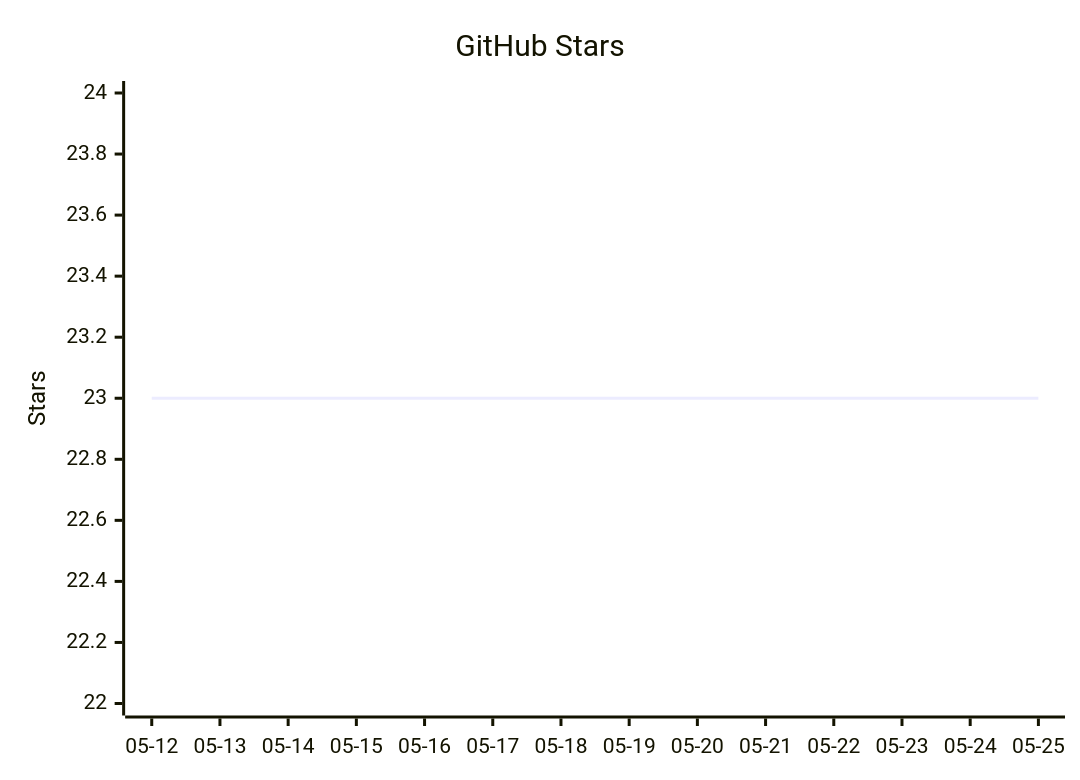
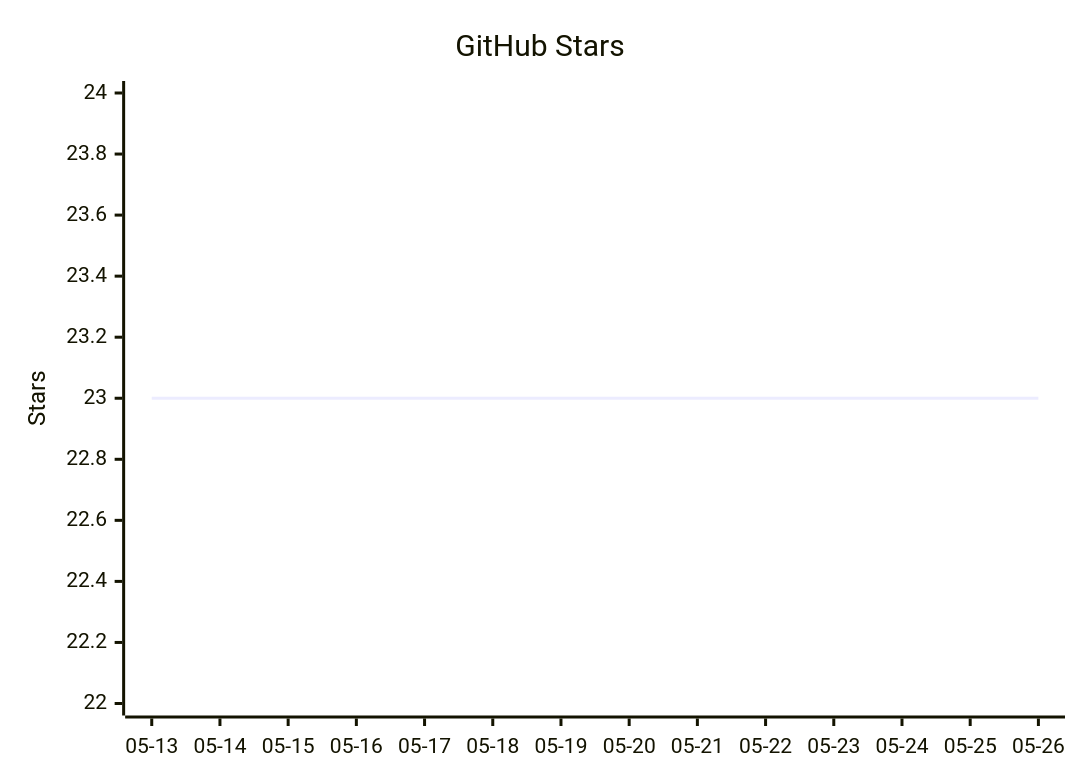
Before and after one commit to vectie/moonclaw: the diagram in README.mbt.md, drawn with Mermaid. The commit also changed other lines of this file and 1 other file, not shown here.

Commit message:
Update README star growth

````diff
--- a/README.mbt.md
+++ b/README.mbt.md
@@ -490,7 +490,7 @@
 ```mermaid
 xychart-beta
     title "GitHub Stars"
-    x-axis ["05-12","05-13","05-14","05-15","05-16","05-17","05-18","05-19","05-20","05-21","05-22","05-23","05-24","05-25"]
+    x-axis ["05-13","05-14","05-15","05-16","05-17","05-18","05-19","05-20","05-21","05-22","05-23","05-24","05-25","05-26"]
     y-axis "Stars" 22 --> 24
     line [23,23,23,23,23,23,23,23,23,23,23,23,23,23]
 ```
````
